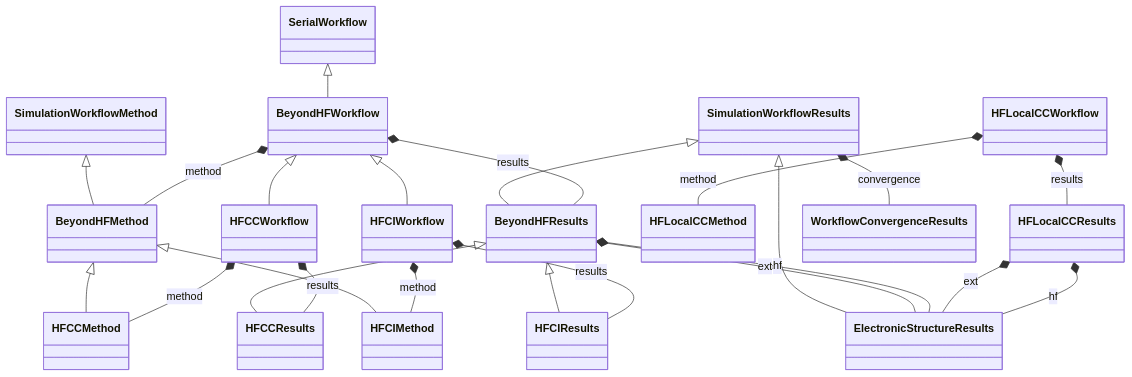
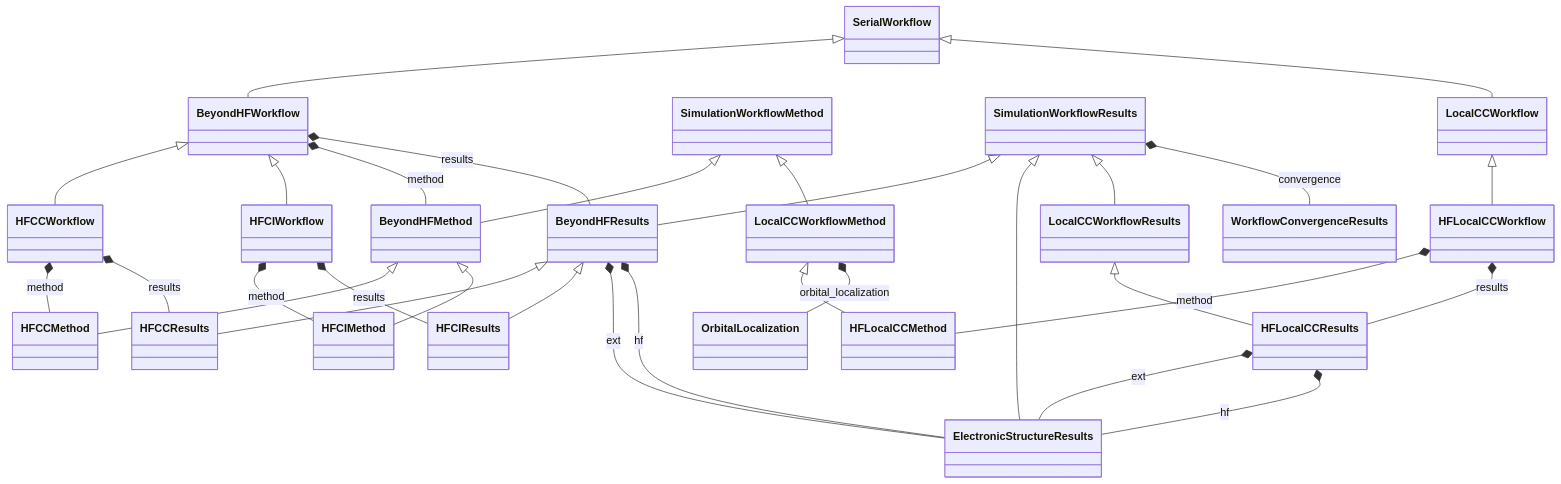
The diagram in docs/schema/workflow_beyond_hf.md (FAIRmat-NFDI/nomad-simulations), drawn with Mermaid before and after one commit.

Commit message:
fix mermaid diagram inheritance issue for HFLocalCCWorkflow

````diff
--- a/docs/schema/workflow_beyond_hf.md
+++ b/docs/schema/workflow_beyond_hf.md
@@ -11,43 +11,50 @@
 ```mermaid
 classDiagram
     class BeyondHFMethod
     class BeyondHFResults
     class BeyondHFWorkflow
     class ElectronicStructureResults
     class HFCCMethod
     class HFCCResults
     class HFCCWorkflow
     class HFCIMethod
     class HFCIResults
     class HFCIWorkflow
     class HFLocalCCMethod
     class HFLocalCCResults
     class HFLocalCCWorkflow
     class SerialWorkflow
     class SimulationWorkflowMethod
     class SimulationWorkflowResults
     class WorkflowConvergenceResults
     SimulationWorkflowMethod <|-- BeyondHFMethod
     SimulationWorkflowResults <|-- BeyondHFResults
     SerialWorkflow <|-- BeyondHFWorkflow
     SimulationWorkflowResults <|-- ElectronicStructureResults
     BeyondHFMethod <|-- HFCCMethod
     BeyondHFResults <|-- HFCCResults
     BeyondHFWorkflow <|-- HFCCWorkflow
     BeyondHFMethod <|-- HFCIMethod
     BeyondHFResults <|-- HFCIResults
     BeyondHFWorkflow <|-- HFCIWorkflow
     BeyondHFResults *-- ElectronicStructureResults : ext
     BeyondHFResults *-- ElectronicStructureResults : hf
     BeyondHFWorkflow *-- BeyondHFMethod : method
     BeyondHFWorkflow *-- BeyondHFResults : results
     HFCCWorkflow *-- HFCCMethod : method
     HFCCWorkflow *-- HFCCResults : results
     HFCIWorkflow *-- HFCIMethod : method
     HFCIWorkflow *-- HFCIResults : results
+    SimulationWorkflowMethod <|-- LocalCCWorkflowMethod
+    SimulationWorkflowResults <|-- LocalCCWorkflowResults
+    SerialWorkflow <|-- LocalCCWorkflow
+    LocalCCWorkflowMethod <|-- HFLocalCCMethod
+    LocalCCWorkflowResults <|-- HFLocalCCResults
+    LocalCCWorkflow <|-- HFLocalCCWorkflow
+    LocalCCWorkflowMethod *-- OrbitalLocalization : orbital_localization
     HFLocalCCResults *-- ElectronicStructureResults : ext
     HFLocalCCResults *-- ElectronicStructureResults : hf
     HFLocalCCWorkflow *-- HFLocalCCMethod : method
     HFLocalCCWorkflow *-- HFLocalCCResults : results
     SimulationWorkflowResults *-- WorkflowConvergenceResults : convergence
 ```
````
